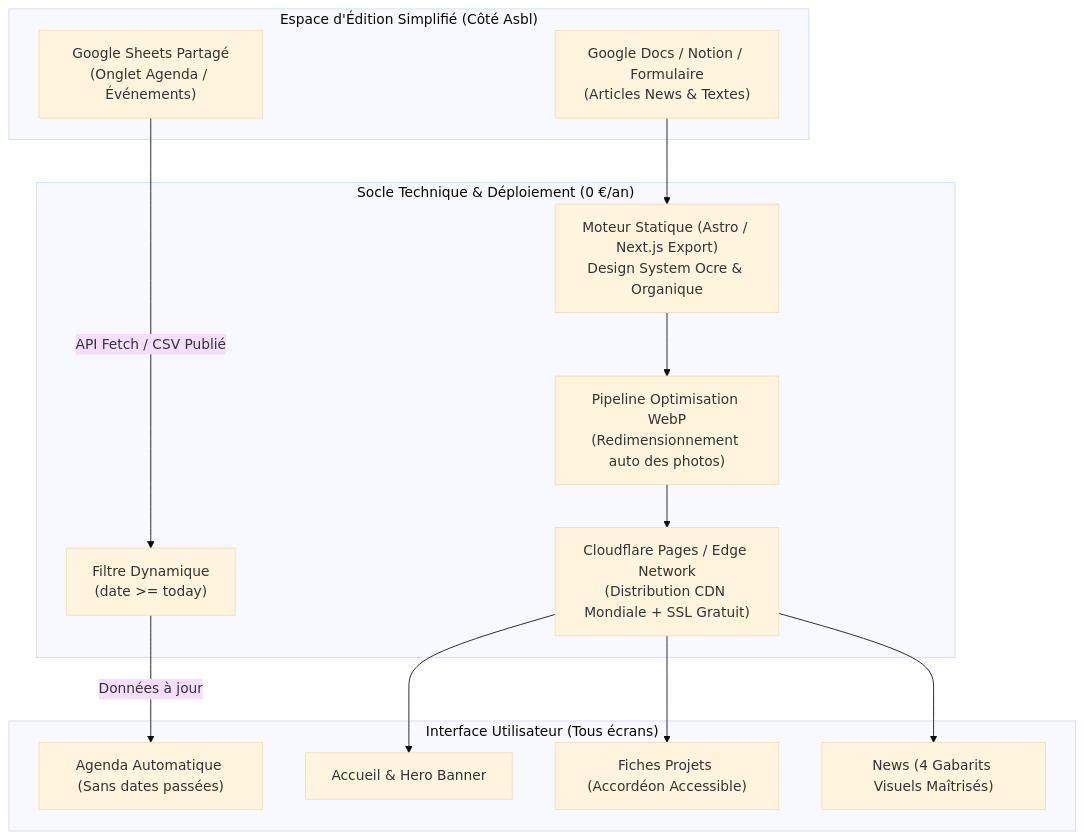
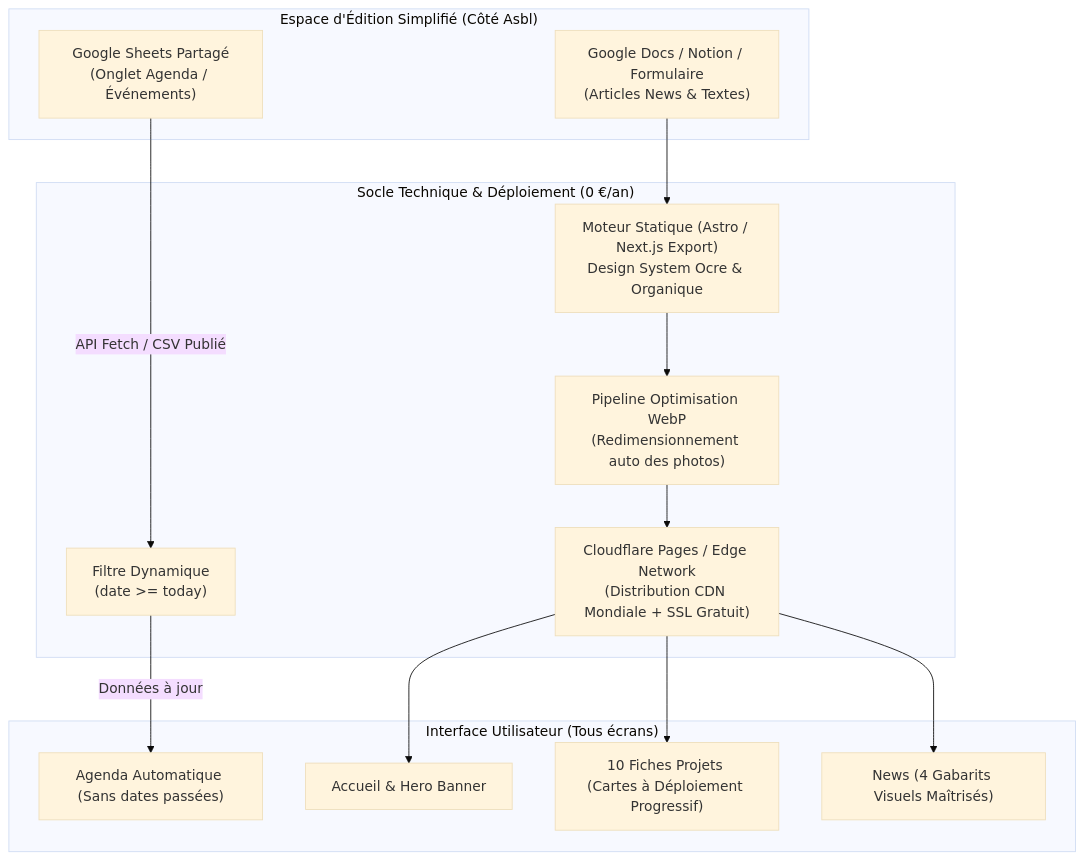
One commit to aubuscule/aubuscule-agency changed the diagram in docs/decisions/ADR-001-transversale-architecture.md. Above: the diagram before and after it, drawn with Mermaid (base theme).

Commit message:
docs(adr): update project list presentation to progressive disclosure cards

````diff
--- a/docs/decisions/ADR-001-transversale-architecture.md
+++ b/docs/decisions/ADR-001-transversale-architecture.md
@@ -72,29 +72,29 @@
 ```mermaid
 flowchart TD
     subgraph ClientAdmin["Espace d'Édition Simplifié (Côté Asbl)"]
         GS["Google Sheets Partagé<br/>(Onglet Agenda / Événements)"]
         GD["Google Docs / Notion / Formulaire<br/>(Articles News & Textes)"]
     end
 
     subgraph BuildAndEdge["Socle Technique & Déploiement (0 €/an)"]
         CF["Cloudflare Pages / Edge Network<br/>(Distribution CDN Mondiale + SSL Gratuit)"]
         StaticEngine["Moteur Statique (Astro / Next.js Export)<br/>Design System Ocre & Organique"]
         Filter["Filtre Dynamique<br/>(date >= today)"]
         ImgOpt["Pipeline Optimisation WebP<br/>(Redimensionnement auto des photos)"]
     end
 
     subgraph Visiteurs["Interface Utilisateur (Tous écrans)"]
         Home["Accueil & Hero Banner"]
-        Projets["Fiches Projets (Accordéon Accessible)"]
+        Projets["10 Fiches Projets (Cartes à Déploiement Progressif)"]
         AgendaUI["Agenda Automatique (Sans dates passées)"]
         NewsUI["News (4 Gabarits Visuels Maîtrisés)"]
     end
 
     GS -->|API Fetch / CSV Publié| Filter
     Filter -->|Données à jour| AgendaUI
     GD --> StaticEngine
     StaticEngine --> ImgOpt --> CF
     CF --> Home
     CF --> Projets
     CF --> NewsUI
 ```
````
